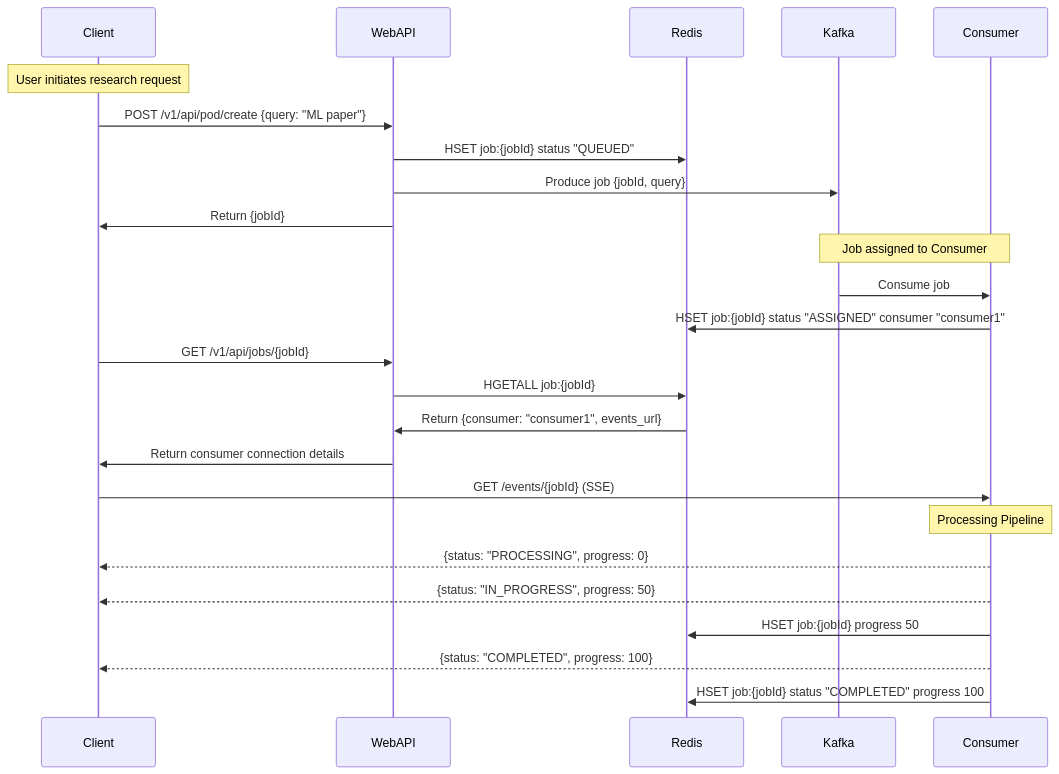
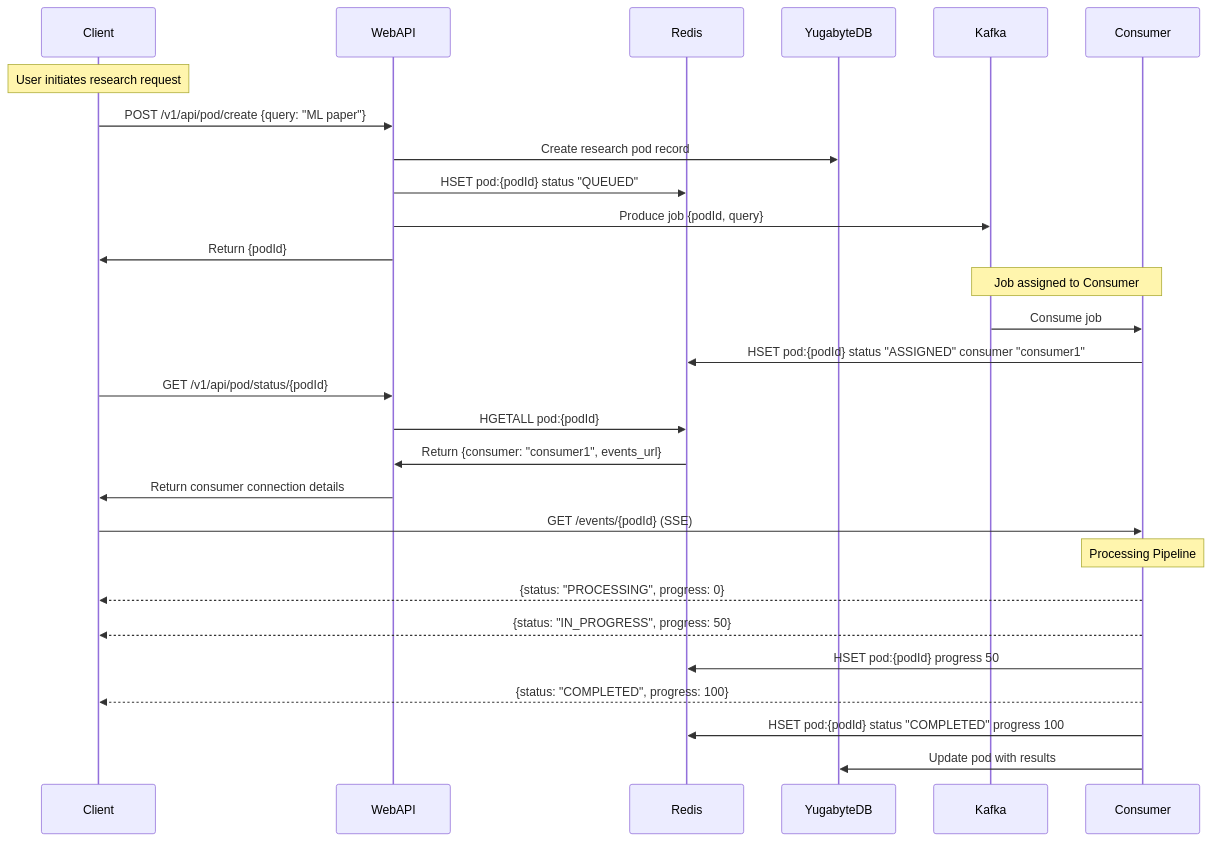
One commit to richardr1126/research-pod-api changed the second of 3 diagrams in README.md. Above: the diagram before and after it, drawn with Mermaid. The commit also changed other lines of this file and 22 other files, not shown here.

````diff
--- a/README.md
+++ b/README.md
@@ -45,31 +51,34 @@
 ```mermaid
 sequenceDiagram
     participant Client
     participant WebAPI
     participant Redis
+    participant YugabyteDB
     participant Kafka
     participant Consumer
     
     Note over Client: User initiates research request
     Client->>WebAPI: POST /v1/api/pod/create {query: "ML paper"}
-    WebAPI->>Redis: HSET job:{jobId} status "QUEUED"
-    WebAPI->>Kafka: Produce job {jobId, query}
-    WebAPI->>Client: Return {jobId}
+    WebAPI->>YugabyteDB: Create research pod record
+    WebAPI->>Redis: HSET pod:{podId} status "QUEUED"
+    WebAPI->>Kafka: Produce job {podId, query}
+    WebAPI->>Client: Return {podId}
     
     Note over Kafka,Consumer: Job assigned to Consumer
     Kafka->>Consumer: Consume job
-    Consumer->>Redis: HSET job:{jobId} status "ASSIGNED" consumer "consumer1"
+    Consumer->>Redis: HSET pod:{podId} status "ASSIGNED" consumer "consumer1"
     
-    Client->>WebAPI: GET /v1/api/jobs/{jobId}
-    WebAPI->>Redis: HGETALL job:{jobId}
+    Client->>WebAPI: GET /v1/api/pod/status/{podId}
+    WebAPI->>Redis: HGETALL pod:{podId}
     Redis->>WebAPI: Return {consumer: "consumer1", events_url}
     WebAPI->>Client: Return consumer connection details
     
-    Client->>Consumer: GET /events/{jobId} (SSE)
+    Client->>Consumer: GET /events/{podId} (SSE)
     Note over Consumer: Processing Pipeline
     Consumer-->>Client: {status: "PROCESSING", progress: 0}
     Consumer-->>Client: {status: "IN_PROGRESS", progress: 50}
-    Consumer->>Redis: HSET job:{jobId} progress 50
+    Consumer->>Redis: HSET pod:{podId} progress 50
     Consumer-->>Client: {status: "COMPLETED", progress: 100}
-    Consumer->>Redis: HSET job:{jobId} status "COMPLETED" progress 100
+    Consumer->>Redis: HSET pod:{podId} status "COMPLETED" progress 100
+    Consumer->>YugabyteDB: Update pod with results
 ```
````
